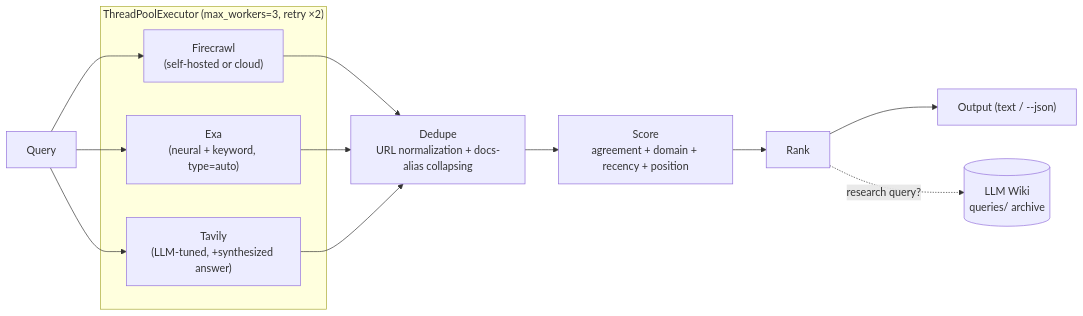
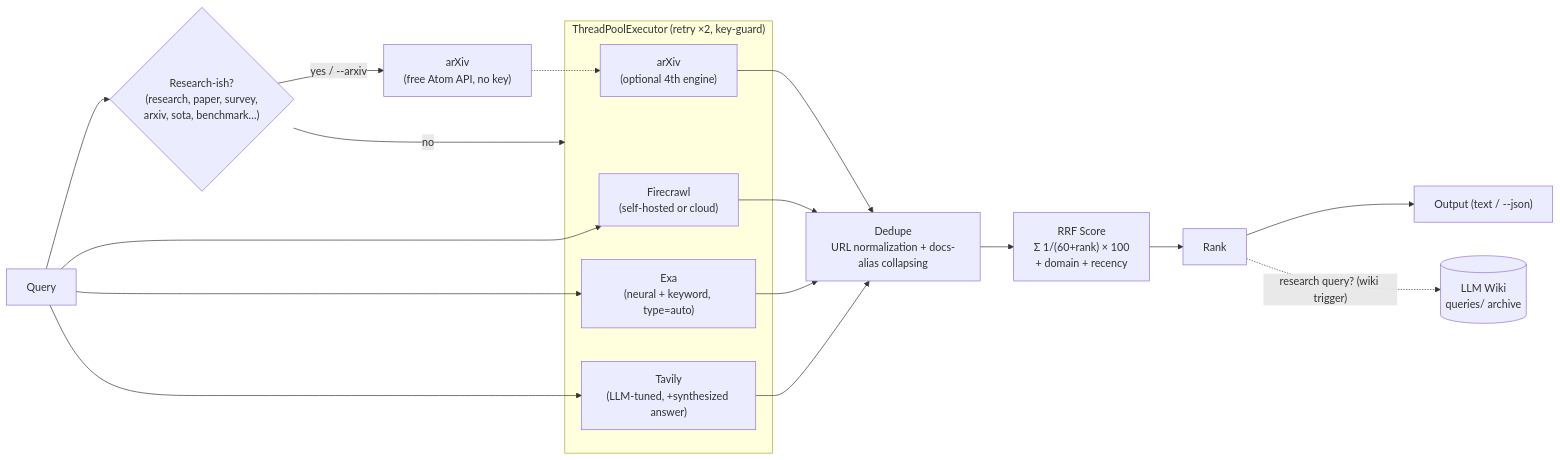
Before and after one commit to Green-Needle-Tech/llm-smart-search: the diagram in README.md, drawn with Mermaid. The commit also changed other lines of this file, not shown here.

First line of the commit message:
docs: update Mermaid flowchart + README for v2.2.0

````diff
--- a/README.md
+++ b/README.md
@@ -11,18 +11,24 @@
 ```mermaid
 flowchart LR
-    Q[Query] --> FC["Firecrawl<br/>(self-hosted or cloud)"]
-    Q --> EX["Exa<br/>(neural + keyword, type=auto)"]
-    Q --> TV["Tavily<br/>(LLM-tuned, +synthesized answer)"]
-    FC --> DD[Dedupe<br/>URL normalization + docs-alias collapsing]
+    Q[Query] --> G{"Research-ish?<br/>(research, paper, survey,<br/>arxiv, sota, benchmark…)"}
+    G -- "yes / --arxiv" --> AX["arXiv<br/>(free Atom API, no key)"]
+    G -- no --> P
+    subgraph P ["ThreadPoolExecutor (retry ×2, key-guard)"]
+        FC["Firecrawl<br/>(self-hosted or cloud)"]
+        EX["Exa<br/>(neural + keyword, type=auto)"]
+        TV["Tavily<br/>(LLM-tuned, +synthesized answer)"]
+        AX2["arXiv<br/>(optional 4th engine)"]
+    end
+    Q --> FC
+    Q --> EX
+    Q --> TV
+    AX -.-> AX2
+    FC --> DD["Dedupe<br/>URL normalization + docs-alias collapsing"]
     EX --> DD
     TV --> DD
-    DD --> SC[Score<br/>agreement + domain + recency + position]
-    SC --> RK[Rank]
+    AX2 --> DD
+    DD --> RRF["RRF Score<br/>Σ 1/(60+rank) × 100<br/>+ domain + recency"]
+    RRF --> RK[Rank]
     RK --> OUT["Output (text / --json)"]
-    RK -. "research query?" .-> WK[("LLM Wiki<br/>queries/ archive")]
-    subgraph parallel ["ThreadPoolExecutor (max_workers=3, retry ×2)"]
-        FC
-        EX
-        TV
-    end
+    RK -. "research query? (wiki trigger)" .-> WK[("LLM Wiki<br/>queries/ archive")]
 ```
````
